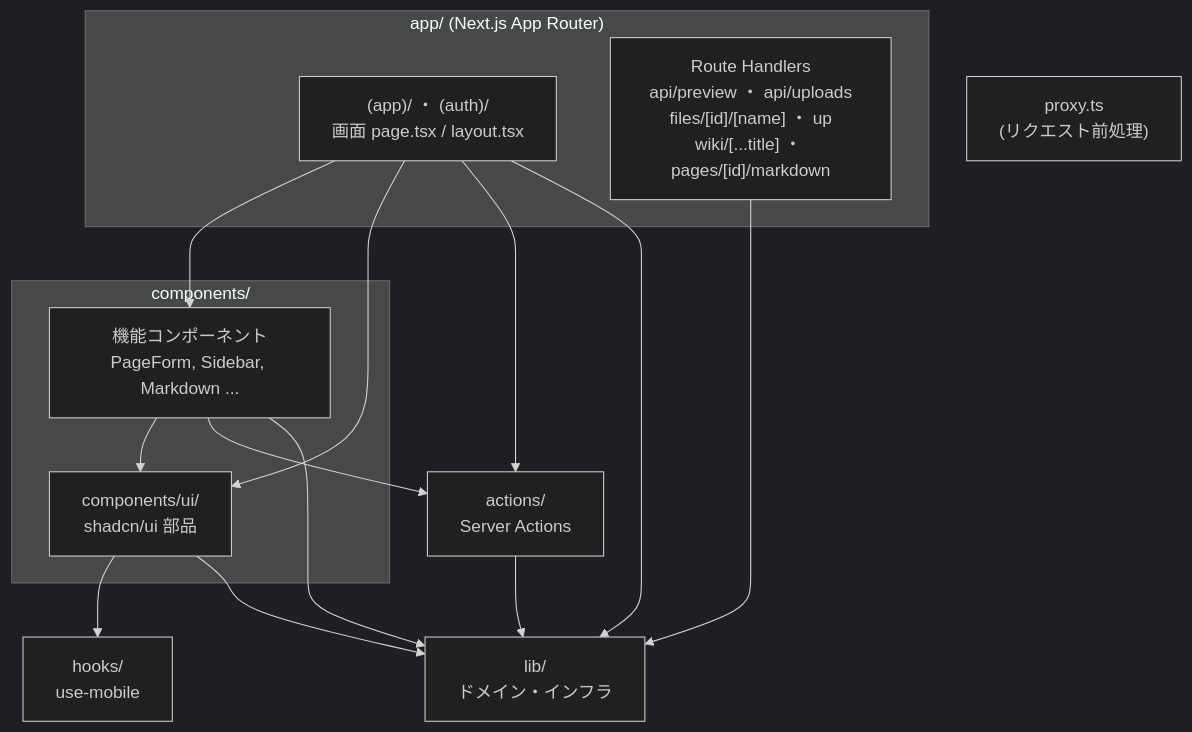
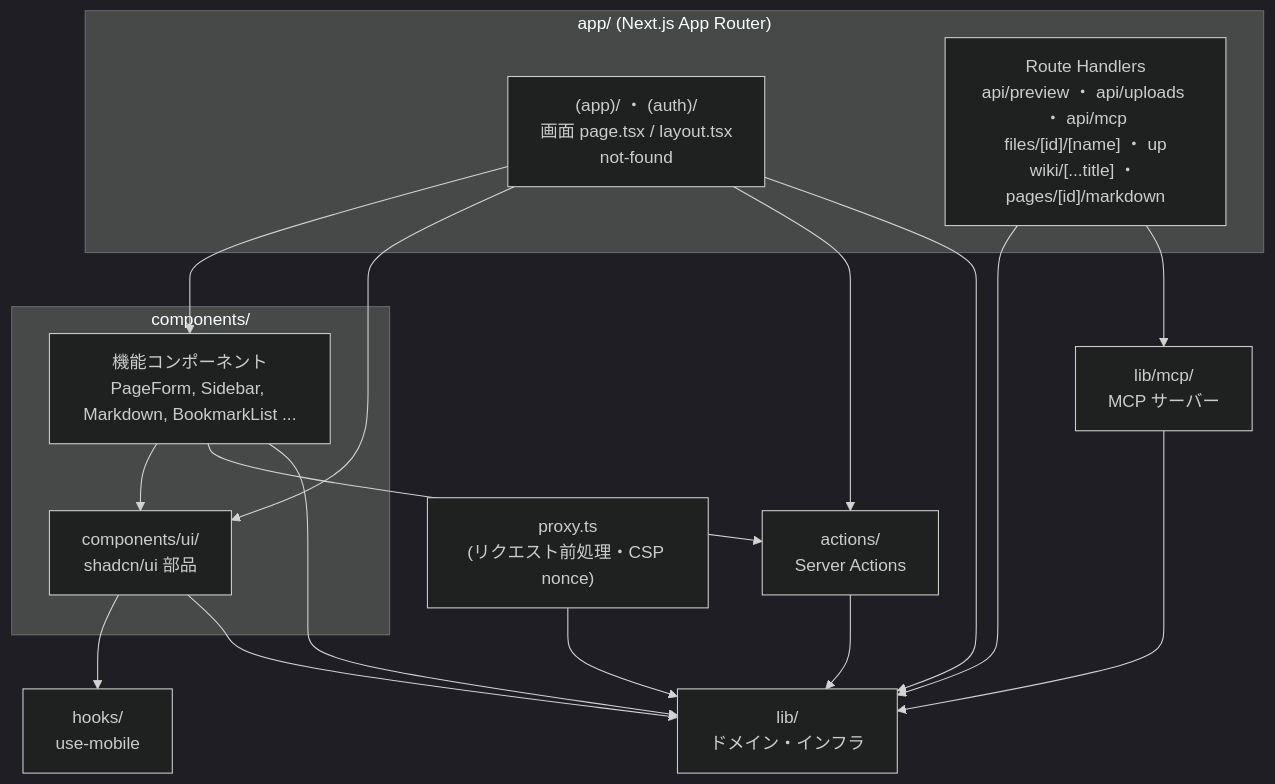
One commit to jobjohn/test-wiki changed the first of 3 diagrams in docs/module-structure.md. Above: the diagram before and after it, drawn with Mermaid (dark theme). The commit also changed other lines of this file, not shown here.

First line of the commit message:
docs: update module structure diagram to the current source tree

````diff
--- a/docs/module-structure.md
+++ b/docs/module-structure.md
@@ -7,30 +7,34 @@
 ```mermaid
 flowchart TD
-  proxy["proxy.ts<br/>(リクエスト前処理)"]
+  proxy["proxy.ts<br/>(リクエスト前処理・CSP nonce)"]
 
   subgraph app["app/ (Next.js App Router)"]
-    pages["(app)/ ・ (auth)/<br/>画面 page.tsx / layout.tsx"]
-    routes["Route Handlers<br/>api/preview ・ api/uploads<br/>files/[id]/[name] ・ up<br/>wiki/[...title] ・ pages/[id]/markdown"]
+    pages["(app)/ ・ (auth)/<br/>画面 page.tsx / layout.tsx<br/>not-found"]
+    routes["Route Handlers<br/>api/preview ・ api/uploads ・ api/mcp<br/>files/[id]/[name] ・ up<br/>wiki/[...title] ・ pages/[id]/markdown"]
   end
 
   subgraph components["components/"]
-    comp["機能コンポーネント<br/>PageForm, Sidebar, Markdown ..."]
+    comp["機能コンポーネント<br/>PageForm, Sidebar, Markdown, BookmarkList ..."]
     ui["components/ui/<br/>shadcn/ui 部品"]
   end
 
   actions["actions/<br/>Server Actions"]
   lib["lib/<br/>ドメイン・インフラ"]
+  mcp["lib/mcp/<br/>MCP サーバー"]
   hooks["hooks/<br/>use-mobile"]
 
+  proxy --> lib
   pages --> comp
   pages --> ui
   pages --> actions
   pages --> lib
   routes --> lib
+  routes --> mcp
+  mcp --> lib
   comp --> ui
   comp --> actions
   comp --> lib
   ui --> hooks
   ui --> lib
   actions --> lib
 ```
````
